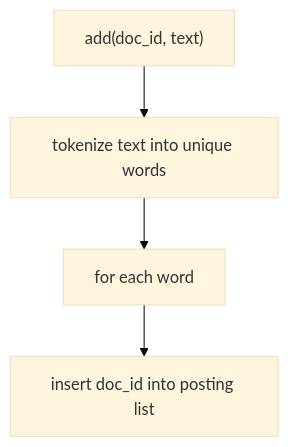
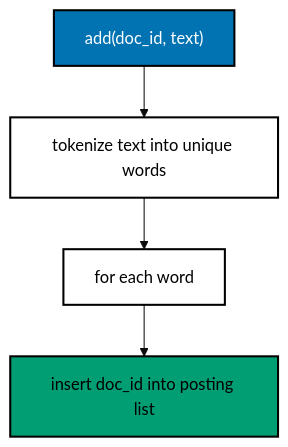
The first of 2 diagrams in drill/system-design-algos/in-python/algo_09_inverted_index.md (wahidyankf/grind-in-public), drawn with Mermaid (base theme) before and after one commit. The commit also changed other lines of this file and 22 other files, not shown here.

First line of the commit message:
docs: use accessible palette in mermaid diagrams

````diff
--- a/drill/system-design-algos/in-python/algo_09_inverted_index.md
+++ b/drill/system-design-algos/in-python/algo_09_inverted_index.md
@@ -31,10 +31,16 @@
 ```mermaid
 flowchart TD
   accTitle: Inverted index add
   accDescr {
     Shows a document being split into unique words, then added to the posting list of each word.
   }
   A["add(doc_id, text)"] --> B["tokenize text into unique words"]
   B --> C["for each word"]
   C --> D["insert doc_id into posting list"]
+  classDef default fill:#FFFFFF,stroke:#000000,color:#000000,stroke-width:2px
+  classDef blue fill:#0173B2,stroke:#000000,color:#FFFFFF,stroke-width:2px
+  classDef orange fill:#DE8F05,stroke:#000000,color:#000000,stroke-width:2px
+  classDef teal fill:#029E73,stroke:#000000,color:#000000,stroke-width:2px
+  class A blue
+  class D teal
 ```
````
